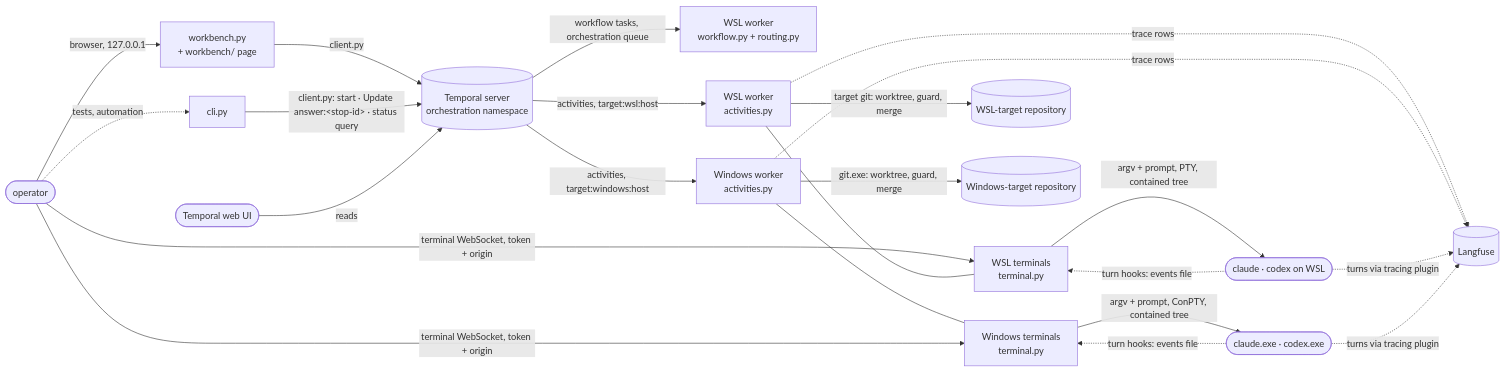
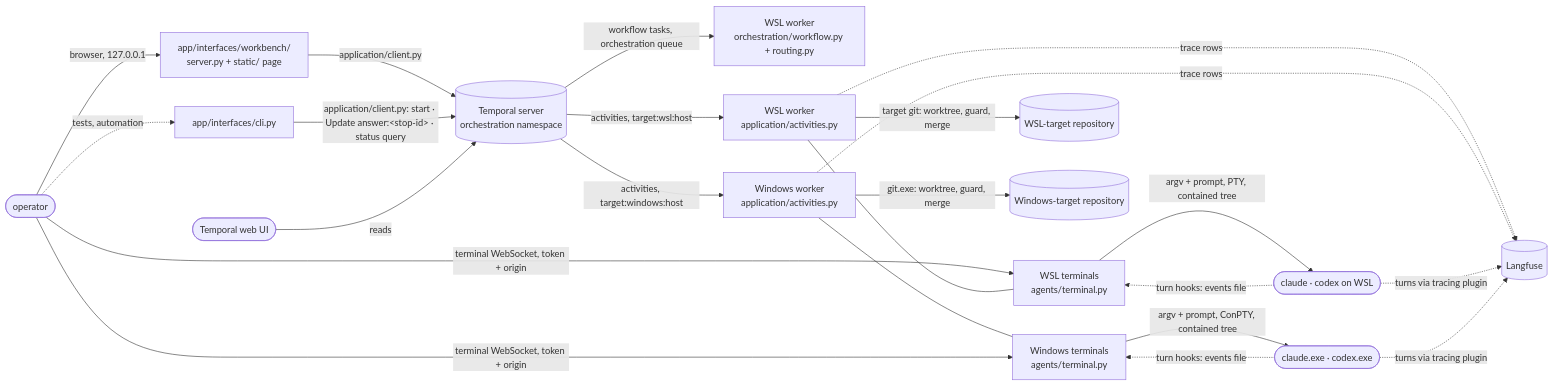
The first of 2 diagrams in docs/architecture/diagrams/main.md (6r0m/orchestra), drawn with Mermaid before and after one commit. The commit also changed 108 other files, not shown here.

````diff
--- a/docs/architecture/diagrams/main.md
+++ b/docs/architecture/diagrams/main.md
@@ -7,25 +7,25 @@
 ```mermaid
 graph LR
-    operator([operator]) -- "browser, 127.0.0.1" --> workbench[workbench.py<br/>+ workbench/ page]
-    operator -. "tests, automation" .-> cli[cli.py]
-    workbench -- "client.py" --> temporal[(Temporal server<br/>orchestration namespace)]
-    cli -- "client.py: start · Update answer:&lt;stop-id&gt; · status query" --> temporal
+    operator([operator]) -- "browser, 127.0.0.1" --> workbench[app/interfaces/workbench/<br/>server.py + static/ page]
+    operator -. "tests, automation" .-> cli[app/interfaces/cli.py]
+    workbench -- "application/client.py" --> temporal[(Temporal server<br/>orchestration namespace)]
+    cli -- "application/client.py: start · Update answer:&lt;stop-id&gt; · status query" --> temporal
     operator -- "terminal WebSocket, token + origin" --> wslterm
     ui([Temporal web UI]) -- reads --> temporal
-    temporal -- "workflow tasks, orchestration queue" --> wslworker[WSL worker<br/>workflow.py + routing.py]
-    temporal -- "activities, target:wsl:host" --> wslhost[WSL worker<br/>activities.py]
-    temporal -- "activities, target:windows:host" --> winhost[Windows worker<br/>activities.py]
-    wslhost --- wslterm[WSL terminals<br/>terminal.py]
-    winhost --- winterm[Windows terminals<br/>terminal.py]
+    temporal -- "workflow tasks, orchestration queue" --> wslworker[WSL worker<br/>orchestration/workflow.py + routing.py]
+    temporal -- "activities, target:wsl:host" --> wslhost[WSL worker<br/>application/activities.py]
+    temporal -- "activities, target:windows:host" --> winhost[Windows worker<br/>application/activities.py]
+    wslhost --- wslterm[WSL terminals<br/>agents/terminal.py]
+    winhost --- winterm[Windows terminals<br/>agents/terminal.py]
     operator -- "terminal WebSocket, token + origin" --> winterm
     wslterm -- "argv + prompt, PTY, contained tree" --> wslagents([claude · codex on WSL])
     winterm -- "argv + prompt, ConPTY, contained tree" --> winagents([claude.exe · codex.exe])
     wslagents -. "turn hooks: events file" .-> wslterm
     winagents -. "turn hooks: events file" .-> winterm
     wslhost -- "target git: worktree, guard, merge" --> wslrepo[(WSL-target repository)]
     winhost -- "git.exe: worktree, guard, merge" --> winrepo[(Windows-target repository)]
     wslhost -. "trace rows" .-> langfuse[(Langfuse)]
     winhost -. "trace rows" .-> langfuse
     wslagents -. "turns via tracing plugin" .-> langfuse
     winagents -. "turns via tracing plugin" .-> langfuse
 ```
````
